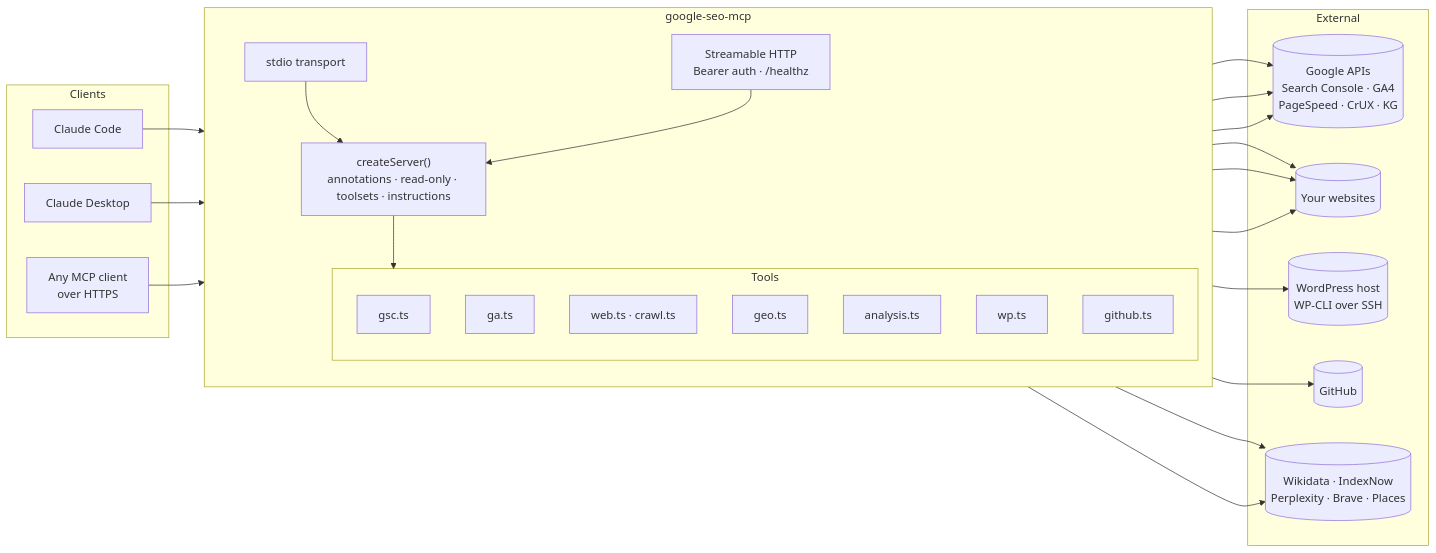
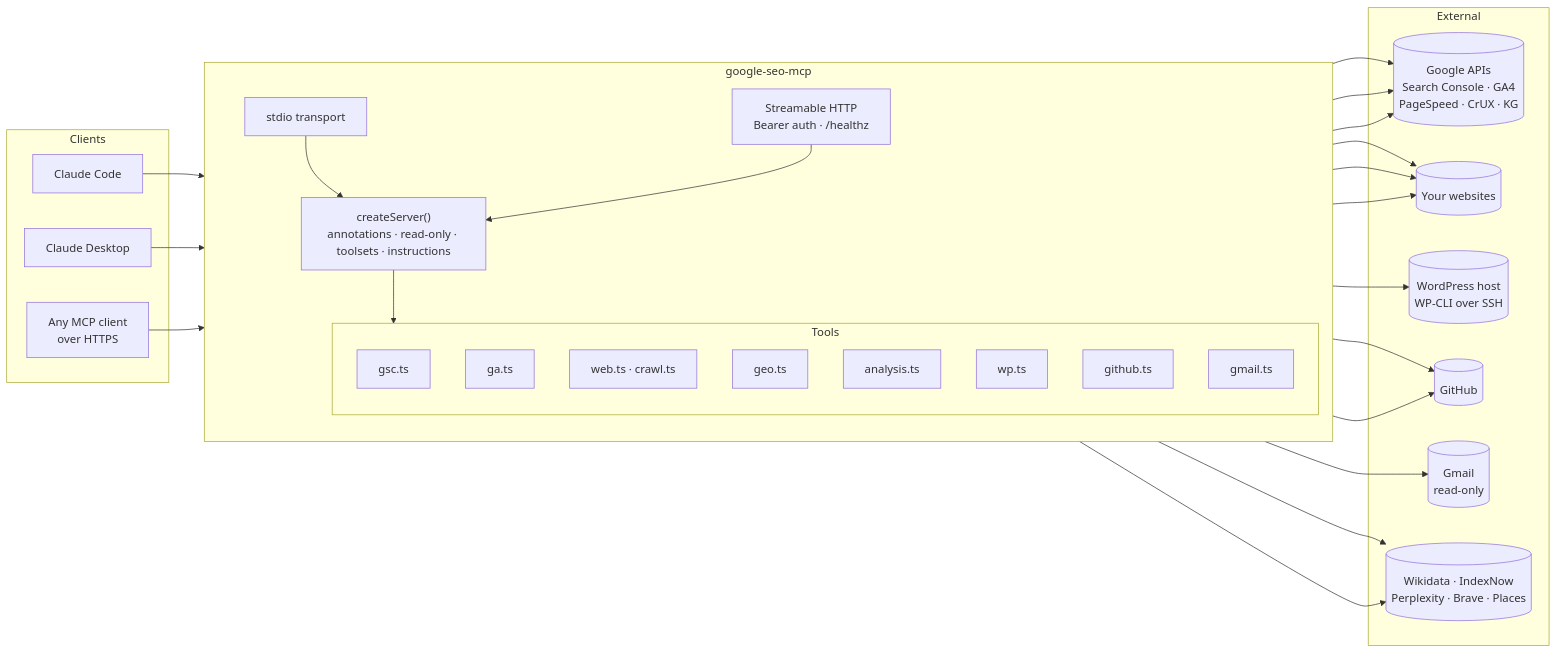
One commit to Akxan/google-seo-mcp changed the diagram in README.md. Above: the diagram before and after it, drawn with Mermaid. The commit also changed other lines of this file and 2 other files, not shown here.

Commit message:
对外形象补齐：架构图加 gmail.ts 与 Gmail 节点，关键词加静态站发布/webp/Gmail 附件，package.json 描述与关键词、仓库描述提到 Gmail 与图片流水线（0.7.0 漏了这部分）

````diff
--- a/README.md
+++ b/README.md
@@ -75,45 +75,49 @@
 ```mermaid
 flowchart LR
     subgraph Clients
         CC[Claude Code]
         CD[Claude Desktop]
         HTTP[Any MCP client<br/>over HTTPS]
     end
 
     subgraph Server["google-seo-mcp"]
         direction TB
         T1[stdio transport]
         T2[Streamable HTTP<br/>Bearer auth · /healthz]
         S["createServer()<br/>annotations · read-only · toolsets · instructions"]
         subgraph Tools
             GSC[gsc.ts]
             GA[ga.ts]
             WEB[web.ts · crawl.ts]
             GEO[geo.ts]
             AN[analysis.ts]
             WP[wp.ts]
             GH[github.ts]
+            GM[gmail.ts]
         end
         T1 --> S
         T2 --> S
         S --> Tools
     end
 
     subgraph External
         G[(Google APIs<br/>Search Console · GA4<br/>PageSpeed · CrUX · KG)]
         SITES[(Your websites)]
         WPH[(WordPress host<br/>WP-CLI over SSH)]
         GHA[(GitHub)]
+        GMA[(Gmail<br/>read-only)]
         X[(Wikidata · IndexNow<br/>Perplexity · Brave · Places)]
     end
 
     CC --> T1
     CD --> T1
     HTTP --> T2
     GSC & GA --> G
     WEB & GEO & AN --> SITES
     GEO & AN --> X
     AN --> G
     WP --> WPH
     GH --> GHA
+    GM --> GMA
+    GM --> GHA
 ```
````
